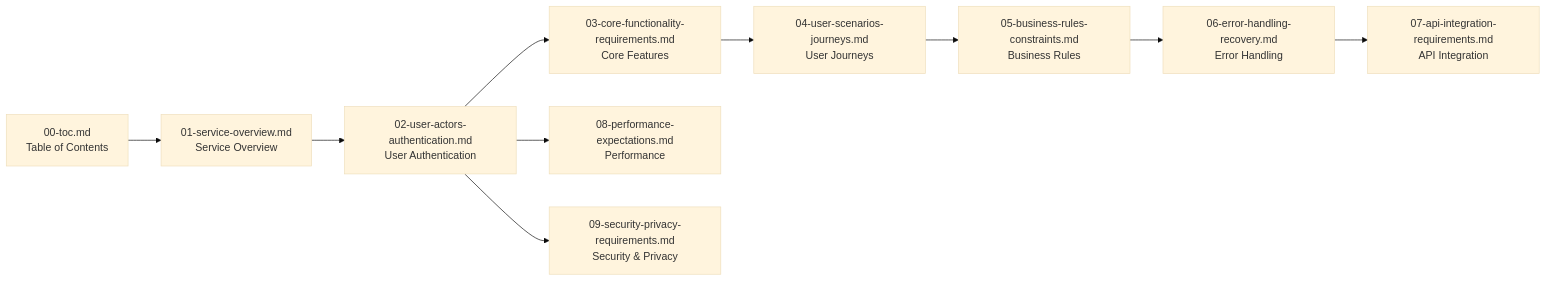
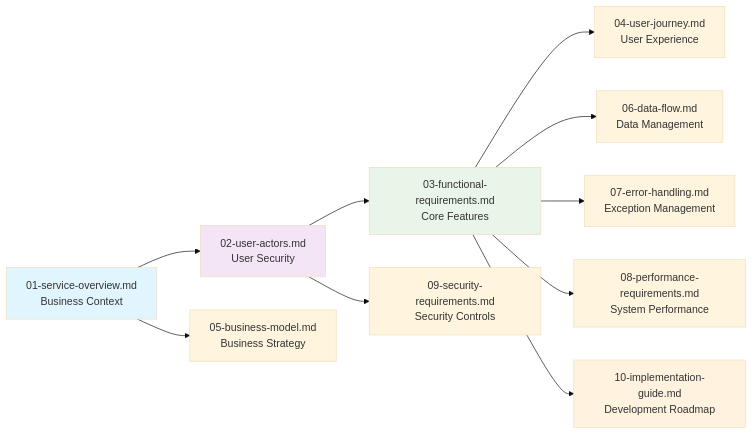
Before and after one commit to wrtnlabs/autobe-examples: the diagram in deepseek/deepseek-v3.1-terminus-exacto/todo/docs/analysis/00-toc.md, drawn with Mermaid (base theme). The commit also changed other lines of this file and 8017 other files, not shown here.

````diff
--- a/deepseek/deepseek-v3.1-terminus-exacto/todo/docs/analysis/00-toc.md
+++ b/deepseek/deepseek-v3.1-terminus-exacto/todo/docs/analysis/00-toc.md
@@ -17,12 +30,17 @@
 ```mermaid
 graph LR
-    A["00-toc.md<br/>Table of Contents"] --> B["01-service-overview.md<br/>Service Overview"]
-    B --> C["02-user-actors-authentication.md<br/>User Authentication"]
-    C --> D["03-core-functionality-requirements.md<br/>Core Features"]
-    D --> E["04-user-scenarios-journeys.md<br/>User Journeys"]
-    E --> F["05-business-rules-constraints.md<br/>Business Rules"]
-    F --> G["06-error-handling-recovery.md<br/>Error Handling"]
-    G --> H["07-api-integration-requirements.md<br/>API Integration"]
-    C --> I["08-performance-expectations.md<br/>Performance"]
-    C --> J["09-security-privacy-requirements.md<br/>Security & Privacy"]
+    A["01-service-overview.md<br/>Business Context"] --> B["02-user-actors.md<br/>User Security"]
+    B --> C["03-functional-requirements.md<br/>Core Features"]
+    C --> D["04-user-journey.md<br/>User Experience"]
+    C --> E["06-data-flow.md<br/>Data Management"]
+    C --> F["07-error-handling.md<br/>Exception Management"]
+    C --> G["08-performance-requirements.md<br/>System Performance"]
+    B --> H["09-security-requirements.md<br/>Security Controls"]
+    A --> I["05-business-model.md<br/>Business Strategy"]
+    C --> J["10-implementation-guide.md<br/>Development Roadmap"]
+    
+    style A fill:#e1f5fe
+    style B fill:#f3e5f5
+    style C fill:#e8f5e8
+    style J fill:#fff3e0
 ```
````
